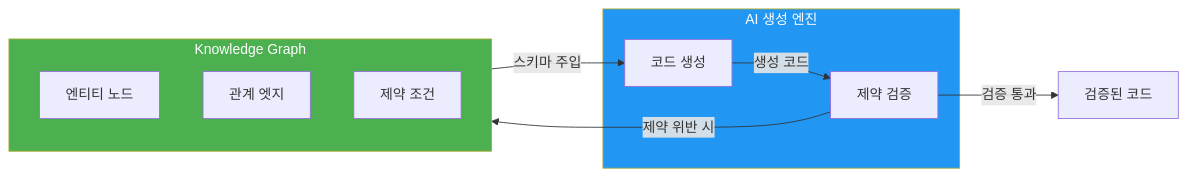
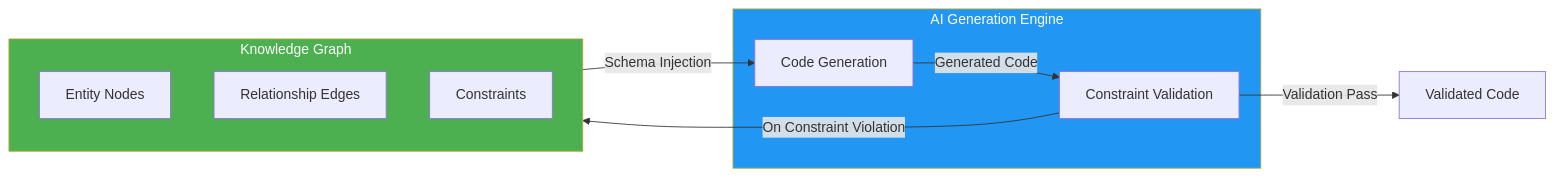
Before and after one commit to devfloor9/engineering-playbook: the second of 5 diagrams in docs/aidlc/methodology/ontology-engineering.md, drawn with Mermaid. The commit also changed other lines of this file and 954 other files, not shown here.

````diff
--- a/docs/aidlc/methodology/ontology-engineering.md
+++ b/docs/aidlc/methodology/ontology-engineering.md
@@ -327,21 +323,21 @@
 ```mermaid
 graph LR
     subgraph KG["Knowledge Graph"]
-        ENT["엔티티 노드"]
-        REL["관계 엣지"]
-        CONS["제약 조건"]
+        ENT["Entity Nodes"]
+        REL["Relationship Edges"]
+        CONS["Constraints"]
     end
 
-    subgraph AI["AI 생성 엔진"]
-        GEN["코드 생성"]
-        VAL["제약 검증"]
+    subgraph AI["AI Generation Engine"]
+        GEN["Code Generation"]
+        VAL["Constraint Validation"]
     end
 
-    KG -->|"스키마 주입"| GEN
-    GEN -->|"생성 코드"| VAL
-    VAL -->|"제약 위반 시"| KG
-    VAL -->|"검증 통과"| OUTPUT["검증된 코드"]
+    KG -->|"Schema Injection"| GEN
+    GEN -->|"Generated Code"| VAL
+    VAL -->|"On Constraint Violation"| KG
+    VAL -->|"Validation Pass"| OUTPUT["Validated Code"]
 
     style KG fill:#4caf50,color:#fff
     style AI fill:#2196f3,color:#fff
 ```
````
